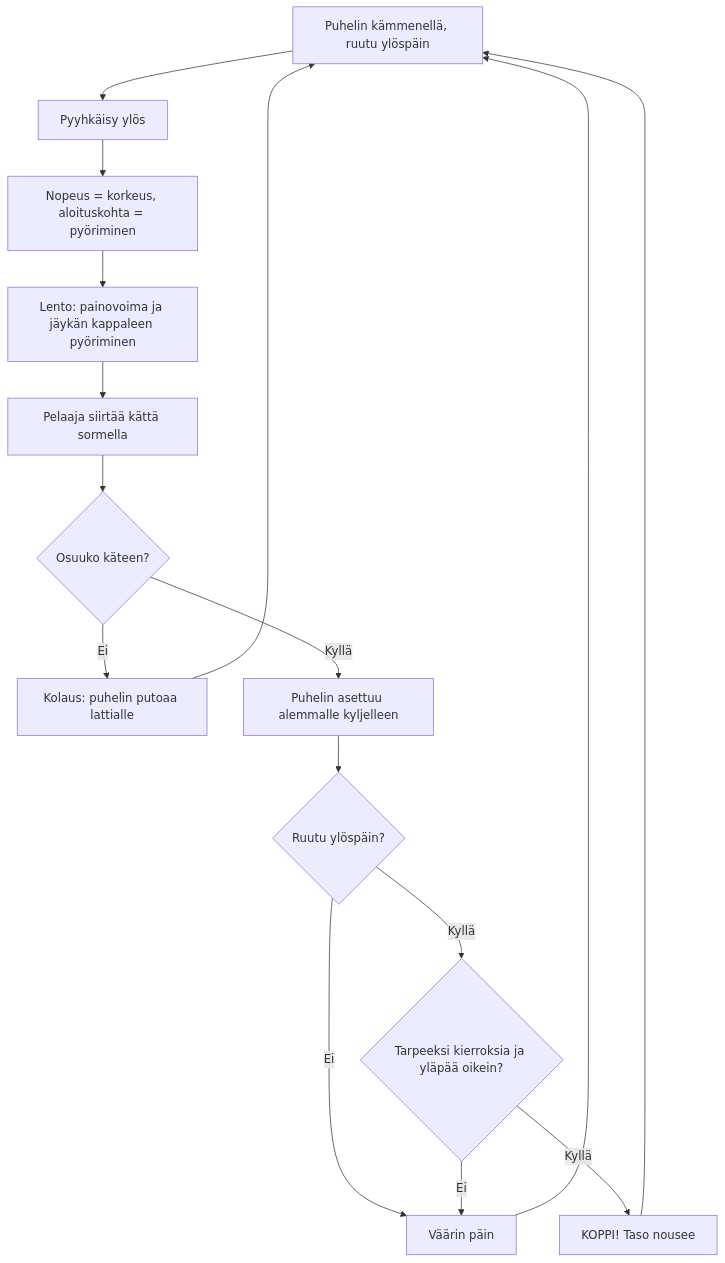
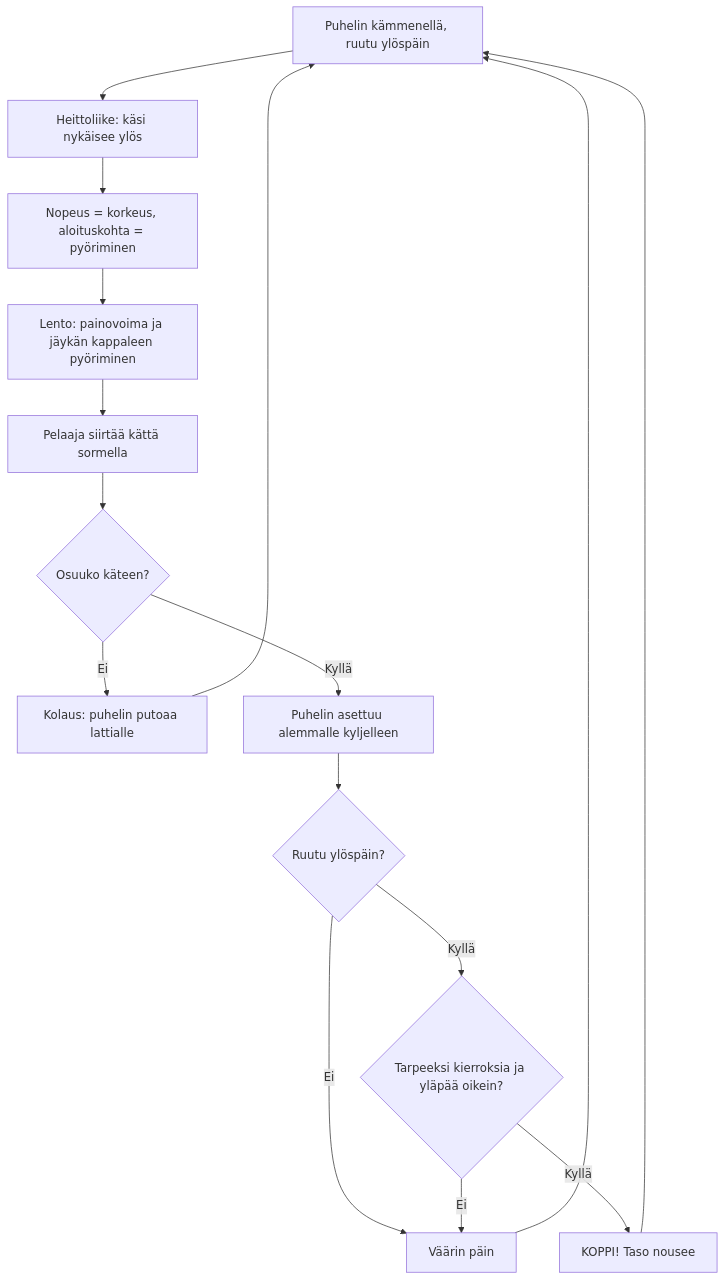
One commit to eerovil/ai-pelit changed the diagram in docs/diagrams/puhelinkoppi.md. Above: the diagram before and after it, drawn with Mermaid. The commit also changed other lines of this file and 2 other files, not shown here.

````diff
--- a/docs/diagrams/puhelinkoppi.md
+++ b/docs/diagrams/puhelinkoppi.md
@@ -9,23 +9,23 @@
 ```mermaid
 flowchart TD
-  A[Puhelin kämmenellä, ruutu ylöspäin] --> B[Pyyhkäisy ylös]
+  A[Puhelin kämmenellä, ruutu ylöspäin] --> B[Heittoliike: käsi nykäisee ylös]
   B --> C[Nopeus = korkeus, aloituskohta = pyöriminen]
   C --> D[Lento: painovoima ja jäykän kappaleen pyöriminen]
   D --> E[Pelaaja siirtää kättä sormella]
   E --> F{Osuuko käteen?}
   F -- Ei --> G[Kolaus: puhelin putoaa lattialle]
   F -- Kyllä --> H[Puhelin asettuu alemmalle kyljelleen]
   H --> I{Ruutu ylöspäin?}
   I -- Ei --> J[Väärin päin]
   I -- Kyllä --> K{Tarpeeksi kierroksia ja yläpää oikein?}
   K -- Ei --> J
   K -- Kyllä --> L[KOPPI! Taso nousee]
   G --> A
   J --> A
   L --> A
   class A,B,E blue
   class F,I,K amber
   class C,D,H teal
   class L green
   class G,J rose
 ```
````
